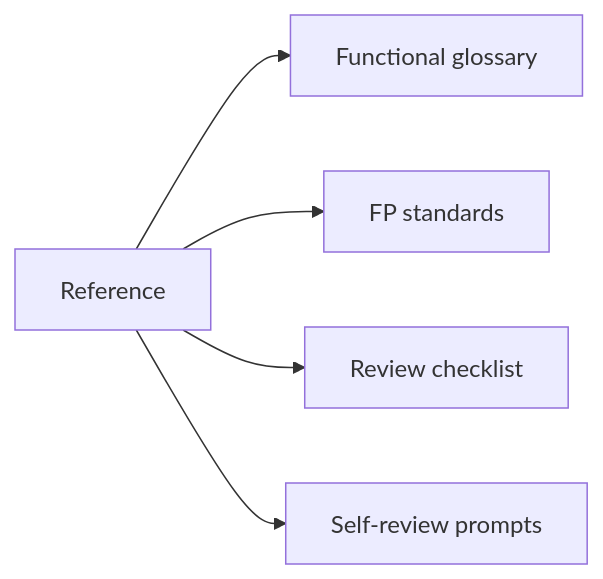
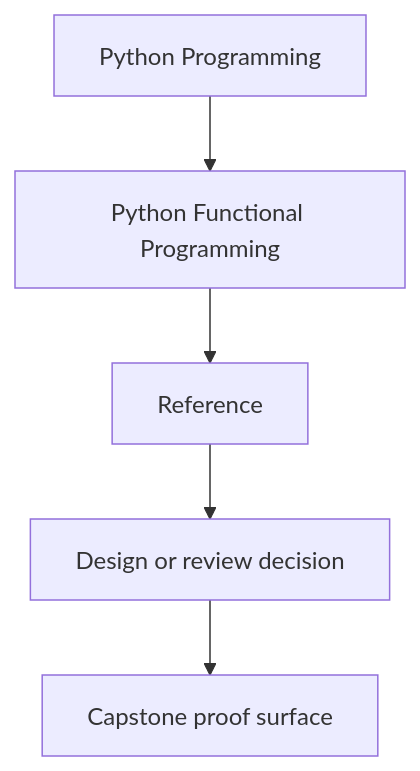
One commit to bijux/bijux-masterclass changed the first of 2 diagrams in programs/python-programming/python-functional-programming/course-book/reference/index.md. Above: the diagram before and after it, drawn with Mermaid. The commit also changed other lines of this file and 3 other files, not shown here.

Commit message:
docs(python-functional-programming): reframe course-book entry diagrams

````diff
--- a/programs/python-programming/python-functional-programming/course-book/reference/index.md
+++ b/programs/python-programming/python-functional-programming/course-book/reference/index.md
@@ -6,13 +6,7 @@
 ```mermaid
-graph LR
-  reference["Reference"]
-  glossary["Functional glossary"]
-  standards["FP standards"]
-  checklist["Review checklist"]
-  prompts["Self-review prompts"]
-
-  reference --> glossary
-  reference --> standards
-  reference --> checklist
-  reference --> prompts
+flowchart TD
+  family["Python Programming"] --> program["Python Functional Programming"]
+  program --> reference["Reference"]
+  reference --> review["Design or review decision"]
+  review --> capstone["Capstone proof surface"]
 ```
````
